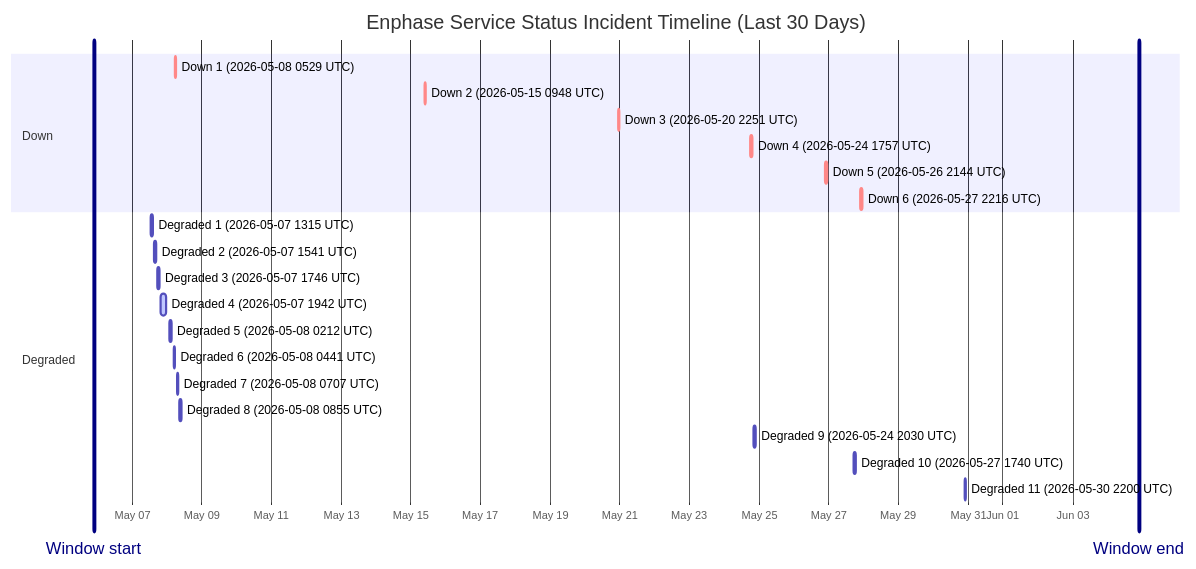
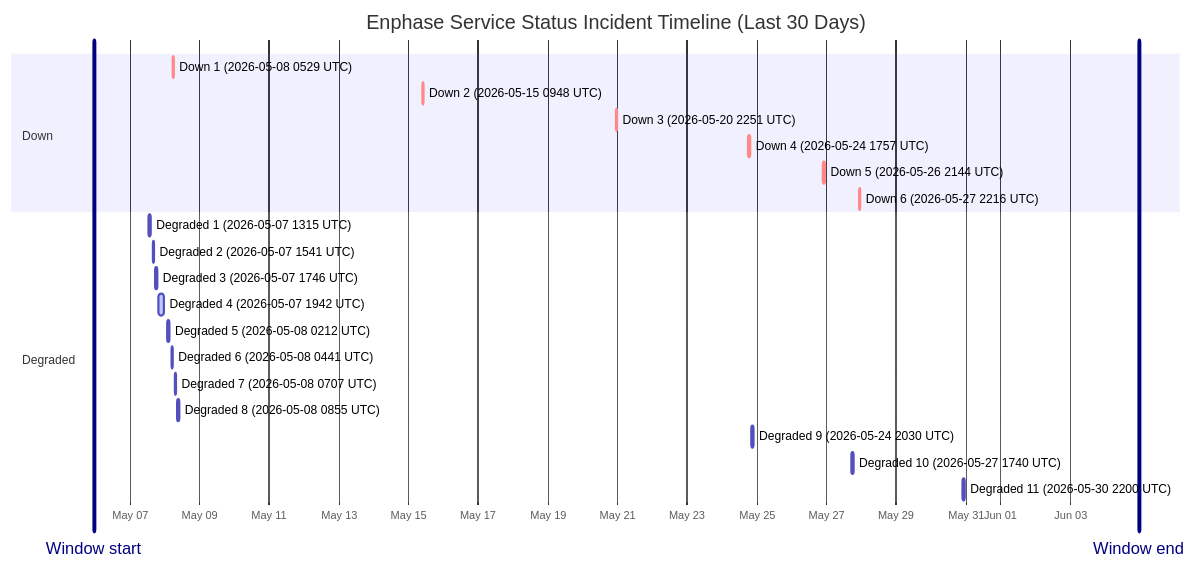
Before and after one commit to barneyonline/ha-enphase-energy: the diagram in wiki/Service-Status-History.md, drawn with Mermaid. The commit also changed other lines of this file and 3 other files, not shown here.

````diff
--- a/wiki/Service-Status-History.md
+++ b/wiki/Service-Status-History.md
@@ -14,27 +14,27 @@
 ```mermaid
 gantt
     title Enphase Service Status Incident Timeline (Last 30 Days)
     dateFormat  YYYY-MM-DDTHH:mm:ss
     axisFormat  %b %d
-    Window start :vert, window-start, 2026-05-05T21:40:15, 0ms
-    Window end :vert, window-end, 2026-06-04T21:40:15, 0ms
+    Window start :vert, window-start, 2026-05-05T23:07:34, 0ms
+    Window end :vert, window-end, 2026-06-04T23:07:34, 0ms
     section Down
     Down 1 (2026-05-08 0529 UTC) :crit, down-1, 2026-05-08T05:29:47, 60m
     Down 2 (2026-05-15 0948 UTC) :crit, down-2, 2026-05-15T09:48:18, 60m
     Down 3 (2026-05-20 2251 UTC) :crit, down-3, 2026-05-20T22:51:14, 75m
     Down 4 (2026-05-24 1757 UTC) :crit, down-4, 2026-05-24T17:57:41, 86m
     Down 5 (2026-05-26 2144 UTC) :crit, down-5, 2026-05-26T21:44:11, 85m
     Down 6 (2026-05-27 2216 UTC) :crit, down-6, 2026-05-27T22:16:53, 87m
     section Degraded
     Degraded 1 (2026-05-07 1315 UTC) :active, degraded-1, 2026-05-07T13:15:25, 60m
     Degraded 2 (2026-05-07 1541 UTC) :active, degraded-2, 2026-05-07T15:41:58, 60m
     Degraded 3 (2026-05-07 1746 UTC) :active, degraded-3, 2026-05-07T17:46:51, 60m
     Degraded 4 (2026-05-07 1942 UTC) :active, degraded-4, 2026-05-07T19:42:10, 249m
     Degraded 5 (2026-05-08 0212 UTC) :active, degraded-5, 2026-05-08T02:12:39, 60m
     Degraded 6 (2026-05-08 0441 UTC) :active, degraded-6, 2026-05-08T04:41:46, 60m
     Degraded 7 (2026-05-08 0707 UTC) :active, degraded-7, 2026-05-08T07:07:30, 60m
     Degraded 8 (2026-05-08 0855 UTC) :active, degraded-8, 2026-05-08T08:55:20, 88m
     Degraded 9 (2026-05-24 2030 UTC) :active, degraded-9, 2026-05-24T20:30:57, 84m
     Degraded 10 (2026-05-27 1740 UTC) :active, degraded-10, 2026-05-27T17:40:52, 60m
     Degraded 11 (2026-05-30 2200 UTC) :active, degraded-11, 2026-05-30T22:00:37, 60m
 ```
````
